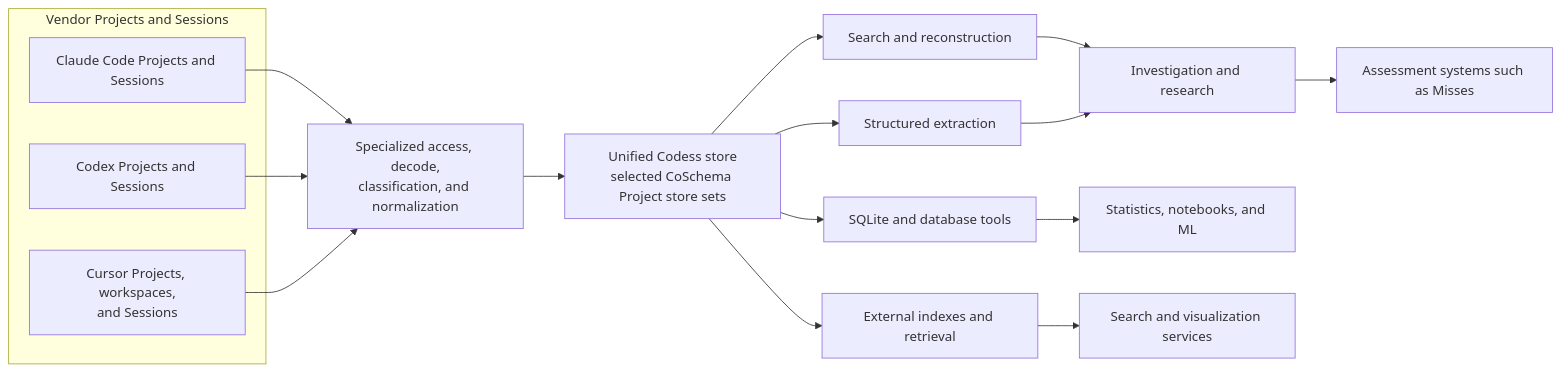
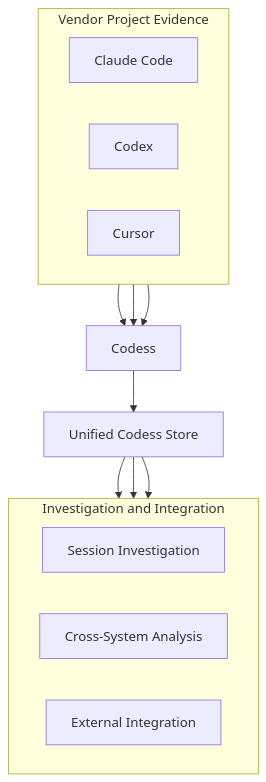
The diagram in Codess.md (fear-ai/codess), drawn with Mermaid before and after one commit. The commit also changed other lines of this file and 8 other files, not shown here.

````diff
--- a/Codess.md
+++ b/Codess.md
@@ -60,27 +53,27 @@
 ```mermaid
-flowchart LR
-    subgraph Evidence["Vendor Projects and Sessions"]
-        Claude["Claude Code Projects and Sessions"]
-        Codex["Codex Projects and Sessions"]
-        Cursor["Cursor Projects, workspaces,<br/>and Sessions"]
+flowchart TB
+    subgraph Evidence["Vendor Project Evidence"]
+        direction LR
+        Claude["Claude Code"]
+        Codex["Codex"]
+        Cursor["Cursor"]
     end
 
-    Ingest["Specialized access, decode,<br/>classification, and normalization"]
-    Unified["Unified Codess store<br/>selected CoSchema Project store sets"]
+    Codess["Codess"]
+    Store["Unified Codess Store"]
 
-    Claude --> Ingest
-    Codex --> Ingest
-    Cursor --> Ingest
-    Ingest --> Unified
+    subgraph Use["Investigation and Integration"]
+        direction LR
+        Investigate["Session Investigation"]
+        Compare["Cross-System Analysis"]
+        Integrate["External Integration"]
+    end
 
-    Unified --> Search["Search and reconstruction"]
-    Unified --> Extract["Structured extraction"]
-    Unified --> SQL["SQLite and database tools"]
-    Unified --> Reindex["External indexes and retrieval"]
-
-    Search --> Uses["Investigation and research"]
-    Extract --> Uses
-    SQL --> Analysis["Statistics, notebooks, and ML"]
-    Reindex --> Interfaces["Search and visualization services"]
-    Uses --> Assessment["Assessment systems such as Misses"]
+    Claude --> Codess
+    Codex --> Codess
+    Cursor --> Codess
+    Codess --> Store
+    Store --> Investigate
+    Store --> Compare
+    Store --> Integrate
 ```
````
